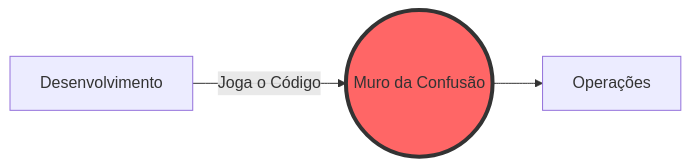
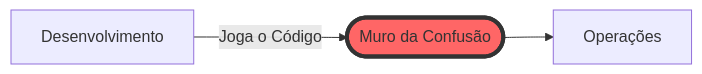
The first of 2 diagrams in docs/aulas/aula-01.md (ricardotecpro/ads_mod_13_devops_e_cloud), drawn with Mermaid before and after one commit. The commit also changed other lines of this file and 66 other files, not shown here.

````diff
--- a/docs/aulas/aula-01.md
+++ b/docs/aulas/aula-01.md
@@ -25,7 +25,7 @@
 ```mermaid
 graph LR
-    Dev[Desenvolvimento] -- "Joga o Código" --> Muro((Muro da Confusão))
-    Muro --> Ops[Operações]
+    Dev["Desenvolvimento"] -- "Joga o Código" --> Muro(["Muro da Confusão"])
+    Muro --> Ops["Operações"]
     
     style Muro fill:#f66,stroke:#333,stroke-width:4px
 ```
````
